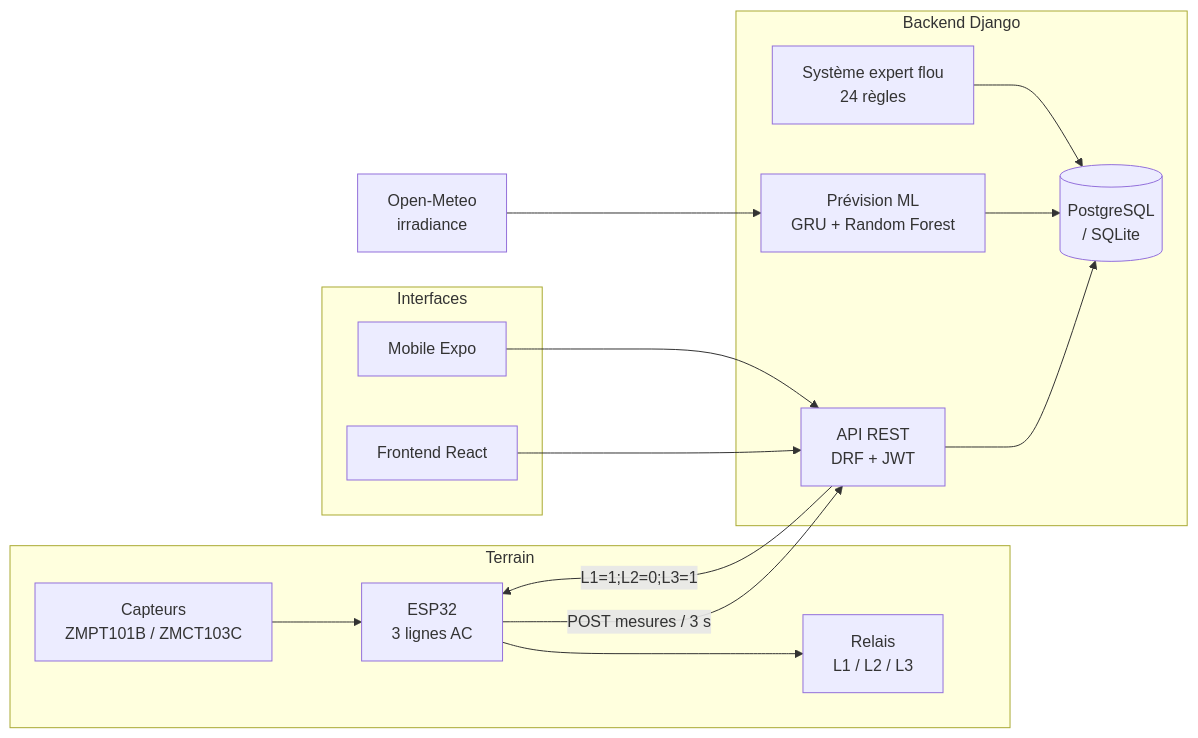
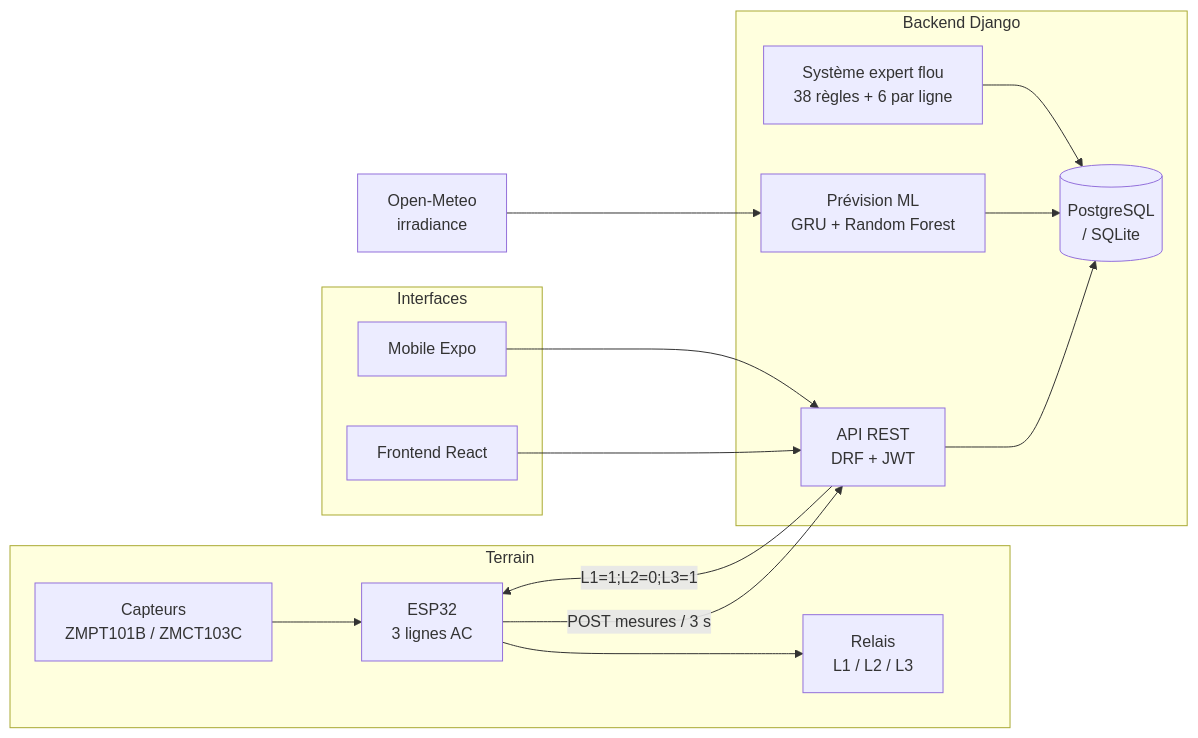
The diagram in docs/diagrams/01-vue-ensemble.mmd (kevinManda17/energyMS), drawn with Mermaid before and after one commit. The commit also changed 12 other files, not shown here.

```diff
--- a/docs/diagrams/01-vue-ensemble.mmd
+++ b/docs/diagrams/01-vue-ensemble.mmd
@@ -1,29 +1,29 @@
 flowchart LR
     subgraph Terrain
         ESP[ESP32<br/>3 lignes AC]
         CAP[Capteurs<br/>ZMPT101B / ZMCT103C]
         REL[Relais<br/>L1 / L2 / L3]
         CAP --> ESP
         ESP --> REL
     end
 
     subgraph "Backend Django"
         API[API REST<br/>DRF + JWT]
         DB[(PostgreSQL<br/>/ SQLite)]
         ML[Prévision ML<br/>GRU + Random Forest]
-        FUZ[Système expert flou<br/>24 règles]
+        FUZ[Système expert flou<br/>38 règles + 6 par ligne]
         API --> DB
         ML --> DB
         FUZ --> DB
     end
 
     subgraph Interfaces
         WEB[Frontend React]
         MOB[Mobile Expo]
     end
 
     METEO[Open-Meteo<br/>irradiance] --> ML
     ESP -->|POST mesures / 3 s| API
     API -->|"L1=1;L2=0;L3=1"| ESP
     WEB --> API
     MOB --> API
```
